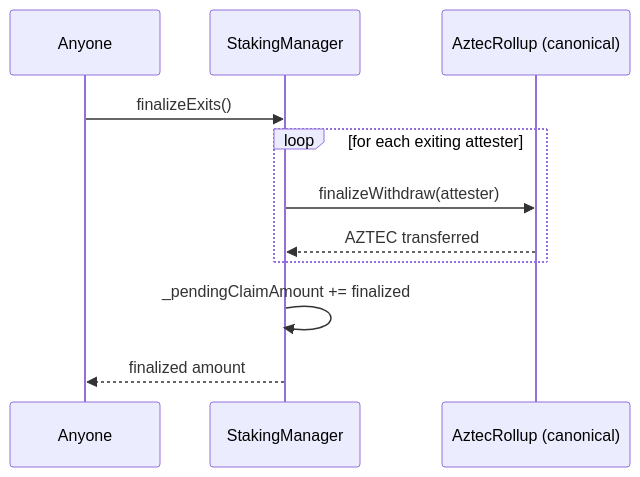
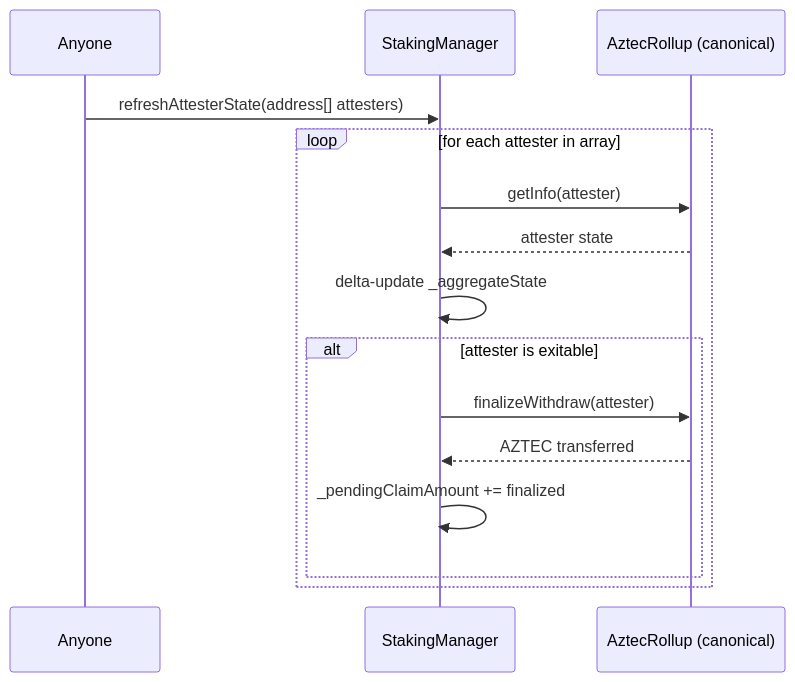
The first of 9 diagrams in docs/operator-actions.md (ollafinance/core), drawn with Mermaid before and after one commit. The commit also changed other lines of this file and 42 other files, not shown here.

````diff
--- a/docs/operator-actions.md
+++ b/docs/operator-actions.md
@@ -11,14 +11,18 @@
 ```mermaid
 sequenceDiagram
     participant A as Anyone
     participant SM as StakingManager
     participant AR as AztecRollup (canonical)
 
-    A->>SM: finalizeExits()
-    loop for each exiting attester
-        SM->>AR: finalizeWithdraw(attester)
-        AR-->>SM: AZTEC transferred
+    A->>SM: refreshAttesterState(address[] attesters)
+    loop for each attester in array
+        SM->>AR: getInfo(attester)
+        AR-->>SM: attester state
+        SM->>SM: delta-update _aggregateState
+        alt attester is exitable
+            SM->>AR: finalizeWithdraw(attester)
+            AR-->>SM: AZTEC transferred
+            SM->>SM: _pendingClaimAmount += finalized
+        end
     end
-    SM->>SM: _pendingClaimAmount += finalized
-    SM-->>A: finalized amount
 ```
````
